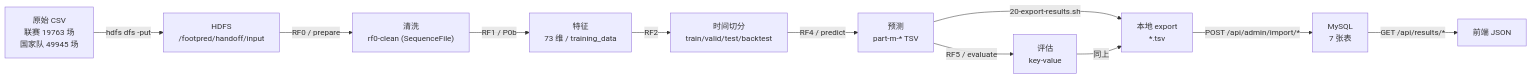
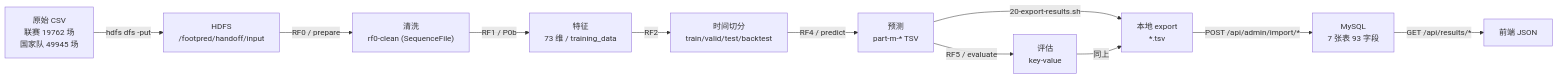
The fourth of 4 diagrams in docs/ER-DIAGRAM.md (Kyle-Cpp/Big-data-learning), drawn with Mermaid before and after one commit. The commit also changed other lines of this file, not shown here.

Commit message:
docs: 补齐物理模型 ER 图，按 information_schema 实测

````diff
--- a/docs/ER-DIAGRAM.md
+++ b/docs/ER-DIAGRAM.md
@@ -131,13 +402,13 @@
 ```mermaid
 flowchart LR
-    A["原始 CSV<br/>联赛 19763 场<br/>国家队 49945 场"] -->|"hdfs dfs -put"| B["HDFS<br/>/footpred/handoff/input"]
+    A["原始 CSV<br/>联赛 19762 场<br/>国家队 49945 场"] -->|"hdfs dfs -put"| B["HDFS<br/>/footpred/handoff/input"]
     B -->|"RF0 / prepare"| C["清洗<br/>rf0-clean (SequenceFile)"]
     C -->|"RF1 / P0b"| D["特征<br/>73 维 / training_data"]
     D -->|"RF2"| E["时间切分<br/>train/valid/test/backtest"]
     E -->|"RF4 / predict"| F["预测<br/>part-m-* TSV"]
     F -->|"RF5 / evaluate"| G["评估<br/>key-value"]
     F -->|"20-export-results.sh"| H["本地 export<br/>*.tsv"]
     G -->|"同上"| H
-    H -->|"POST /api/admin/import/*"| I["MySQL<br/>7 张表"]
+    H -->|"POST /api/admin/import/*"| I["MySQL<br/>7 张表 93 字段"]
     I -->|"GET /api/results/*"| J["前端 JSON"]
 ```
````
